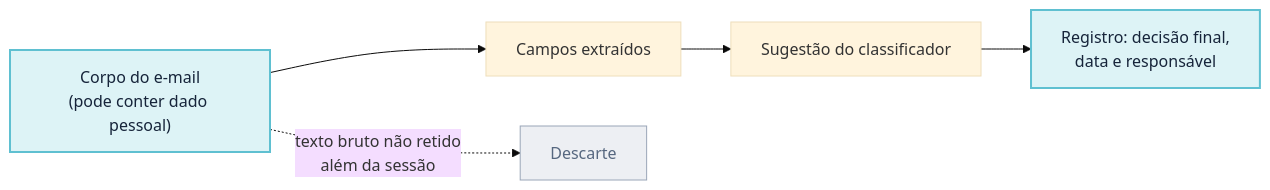
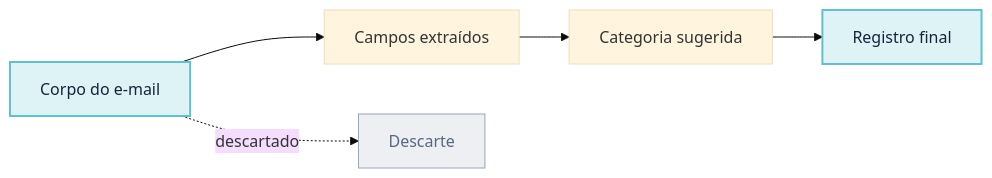
One commit to aulas-marco/arquitetura-solucoes-ia-generativa changed the fourth of 5 diagrams in docs/modulo-2-desenho-conceitual/conceitos.md. Above: the diagram before and after it, drawn with Mermaid (base theme). The commit also changed other lines of this file, not shown here.

Commit message:
fix(mod2): corrige de fato o corte de rótulos nos diagramas (reverte \n literal)
O commit anterior (fe0cc9c) inseriu \n dentro dos rótulos assumindo
que o Mermaid interpretaria como quebra de linha, mas a versão fixada
via CDN no site renderiza \n como texto literal, piorando o problema
(confirmado por screenshot da página publicada). Corrigido removendo
o escape e encurtando o texto dos rótulos para caber em uma linha,
com o detalhe que foi cortado do rótulo preservado no parágrafo
"Equivalente textual" que já acompanha cada diagrama.

````diff
--- a/docs/modulo-2-desenho-conceitual/conceitos.md
+++ b/docs/modulo-2-desenho-conceitual/conceitos.md
@@ -110,12 +110,12 @@
 ```mermaid
 flowchart LR
-    EM["Corpo do e-mail\n(pode conter dado pessoal)"] --> EXT[Campos extraídos]
-    EXT --> SUG[Sugestão do classificador]
-    SUG --> REG["Registro: decisão final,\ndata e responsável"]
-    EM -.->|"texto bruto não retido\nalém da sessão"| DESC[Descarte]
+    EM[Corpo do e-mail] --> EXT[Campos extraídos]
+    EXT --> SUG[Categoria sugerida]
+    SUG --> REG[Registro final]
+    EM -.->|descartado| DESC[Descarte]
 
     classDef dados fill:#DDF3F6,stroke:#5FC0D1,stroke-width:2px,color:#16243A;
     classDef descarte fill:#EDEFF3,stroke:#9AA6B8,color:#56677F;
     class EM,REG dados;
     class DESC descarte;
 ```
````
